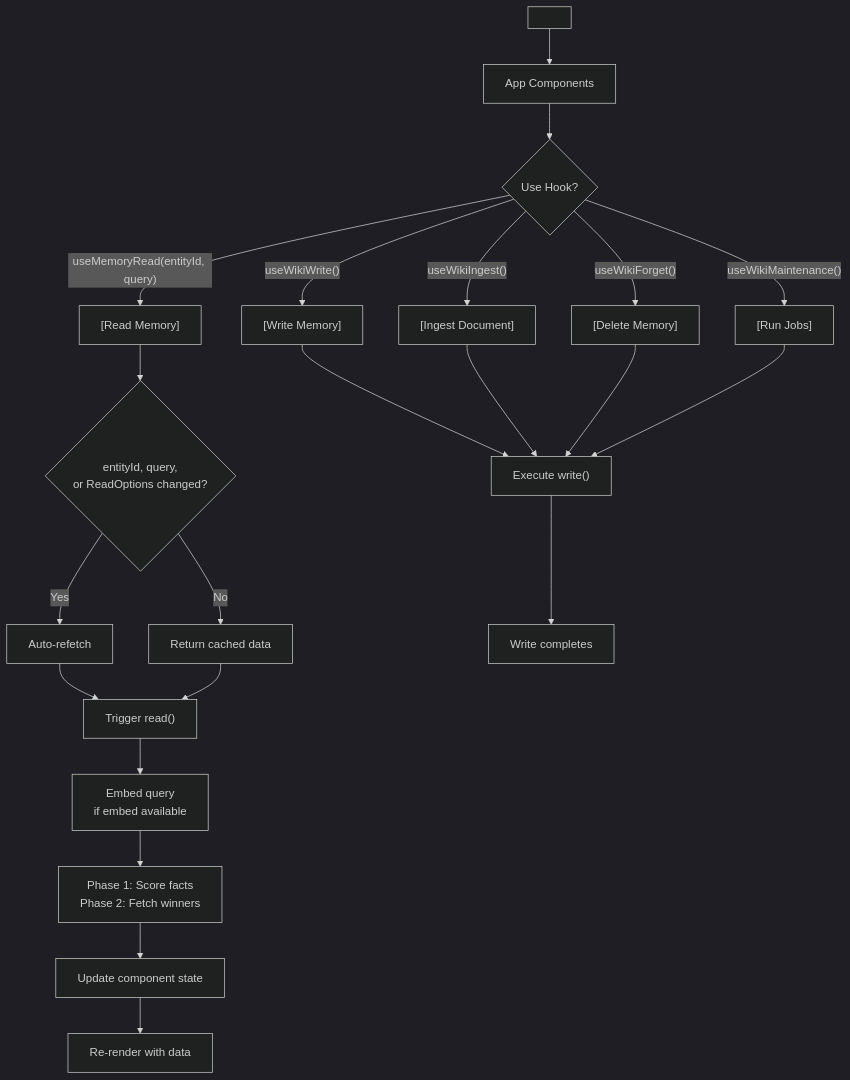
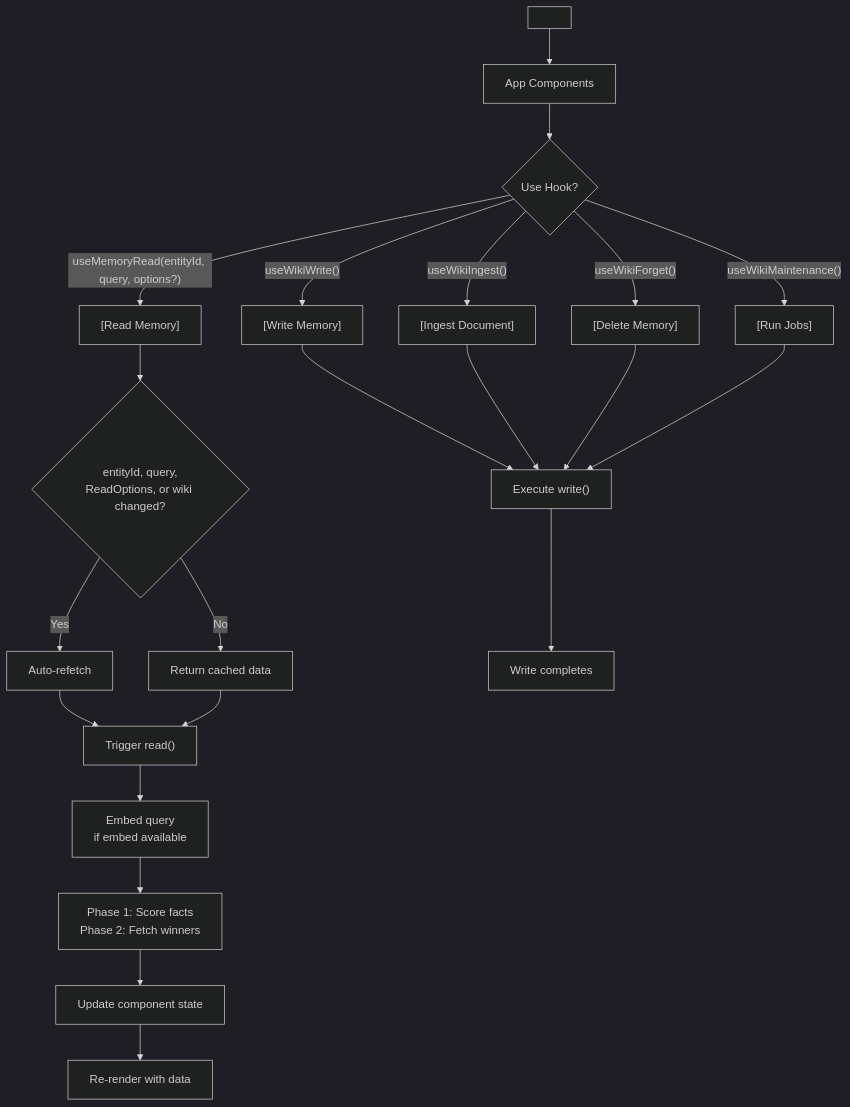
Before and after one commit to equationalapplications/expo-llm-wiki: the first of 2 diagrams in packages/react/README.md, drawn with Mermaid (dark theme).

Commit message:
Potential fix for pull request finding

````diff
--- a/packages/react/README.md
+++ b/packages/react/README.md
@@ -294,24 +294,24 @@
 ```mermaid
 flowchart TD
     A["<WikiProvider wiki={wiki}>"] --> B["App Components"]
     B --> C{"Use Hook?"}
-    C -->|"useMemoryRead(entityId, query)"| D["[Read Memory]"]
+    C -->|"useMemoryRead(entityId, query, options?)"| D["[Read Memory]"]
     C -->|"useWikiWrite()"| E["[Write Memory]"]
     C -->|"useWikiIngest()"| F["[Ingest Document]"]
     C -->|"useWikiForget()"| G["[Delete Memory]"]
     C -->|"useWikiMaintenance()"| H["[Run Jobs]"]
-    D --> I{"entityId, query,<br/>or ReadOptions changed?"}
+    D --> I{"entityId, query,<br/>ReadOptions, or wiki changed?"}
     I -->|"Yes"| J["Auto-refetch"]
     I -->|"No"| K["Return cached data"]
     J --> L["Trigger read()"]
     K --> L
     L --> M["Embed query<br/>if embed available"]
     M --> N["Phase 1: Score facts<br/>Phase 2: Fetch winners"]
     N --> O["Update component state"]
     O --> P["Re-render with data"]
     E --> Q["Execute write()"]
     F --> Q
     G --> Q
     H --> Q
     Q --> R["Write completes"]
 ```
````
